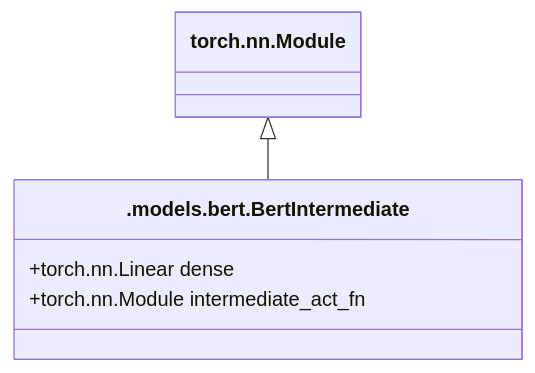
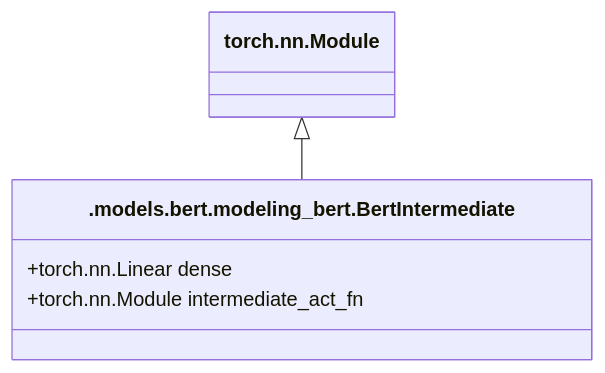
Before and after one commit to coba-yu/transformers-from-pytorch: the ninth of 11 diagrams in BERT.md, drawn with Mermaid. The commit also changed other lines of this file, not shown here.

First line of the commit message:
Update BERT.md

````diff
--- a/BERT.md
+++ b/BERT.md
@@ -297,10 +299,10 @@
 ```mermaid
 classDiagram
   class Module["torch.nn.Module"]
-  class BertIntermediate[".models.bert.BertIntermediate"] {
+  class BertIntermediate[".models.bert.modeling_bert.BertIntermediate"] {
     +torch.nn.Linear dense
     +torch.nn.Module intermediate_act_fn
   }
 
   Module <|-- BertIntermediate
 ```
````
